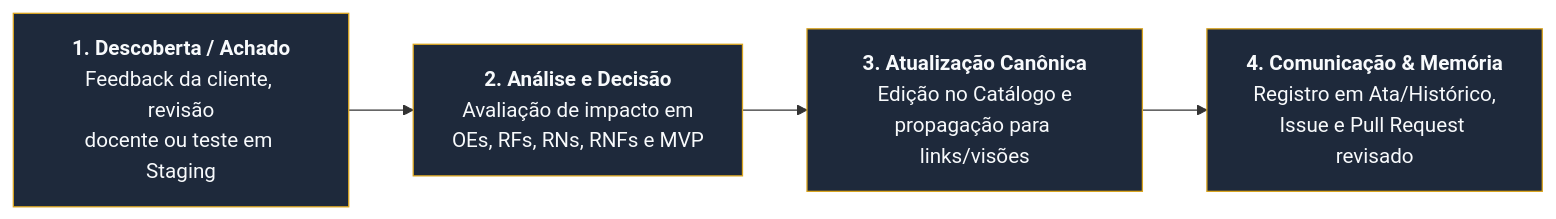
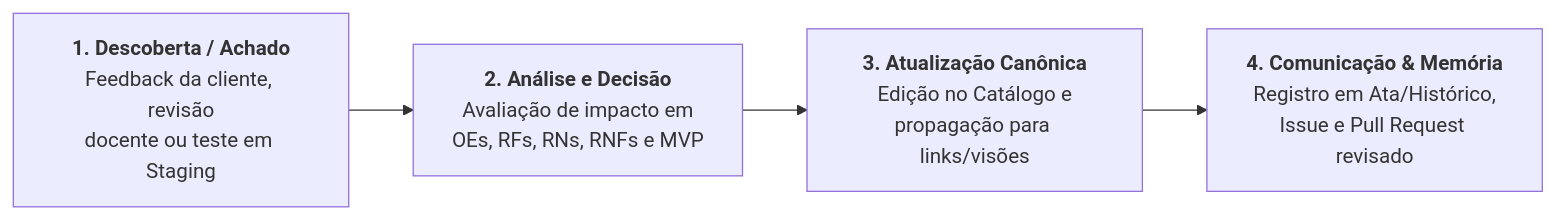
One commit to mdsreq-fga-unb/REQ-2026.2-T01-DUOC-Finance changed the second of 2 diagrams in docs/metodologia/organizacao-atualizacao.md. Above: the diagram before and after it, drawn with Mermaid. The commit also changed other lines of this file and 7 other files, not shown here.

Commit message:
fix(docs): restaurar tabelas de esforco, remover responsavel/pos-mvp/gantt, ajustar video PC3 para 16/11 e adaptar mermaid claro/escuro

````diff
--- a/docs/metodologia/organizacao-atualizacao.md
+++ b/docs/metodologia/organizacao-atualizacao.md
@@ -82,9 +75,6 @@
 ```mermaid
 flowchart LR
     A["<b>1. Descoberta / Achado</b><br>Feedback da cliente, revisão<br>docente ou teste em Staging"] --> B["<b>2. Análise e Decisão</b><br>Avaliação de impacto em<br>OEs, RFs, RNs, RNFs e MVP"]
     B --> C["<b>3. Atualização Canônica</b><br>Edição no Catálogo e<br>propagação para links/visões"]
     C --> D["<b>4. Comunicação & Memória</b><br>Registro em Ata/Histórico,<br>Issue e Pull Request revisado"]
-
-    classDef step fill:#1e293b,stroke:#daa520,color:#f8fafc;
-    class A,B,C,D step;
 ```
````
